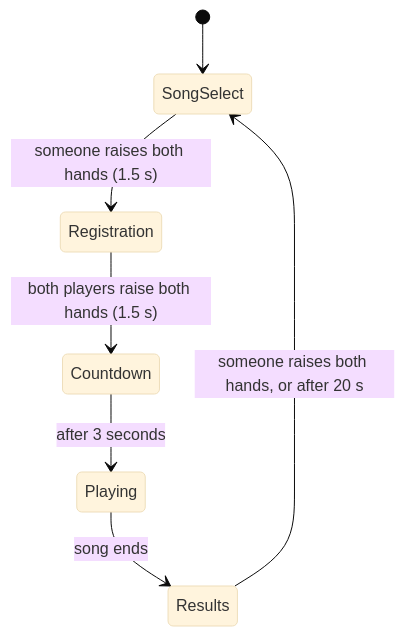
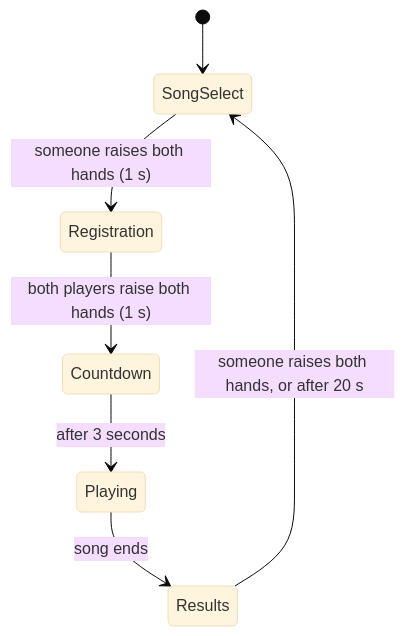
Before and after one commit to BonusBolus/IPCV---Just-Dance---Group-38: the diagram in docs/game_structure.md, drawn with Mermaid (base theme). The commit also changed other lines of this file and 13 other files, not shown here.

First line of the commit message:
Nicer play: rating pop, move timeline, help players stand right

````diff
--- a/docs/game_structure.md
+++ b/docs/game_structure.md
@@ -18,9 +18,9 @@
 ```mermaid
 stateDiagram-v2
     [*] --> SongSelect
-    SongSelect --> Registration: someone raises both hands (1.5 s)
-    Registration --> Countdown: both players raise both hands (1.5 s)
+    SongSelect --> Registration: someone raises both hands (1 s)
+    Registration --> Countdown: both players raise both hands (1 s)
     Countdown --> Playing: after 3 seconds
     Playing --> Results: song ends
     Results --> SongSelect: someone raises both hands, or after 20 s
 ```
````
